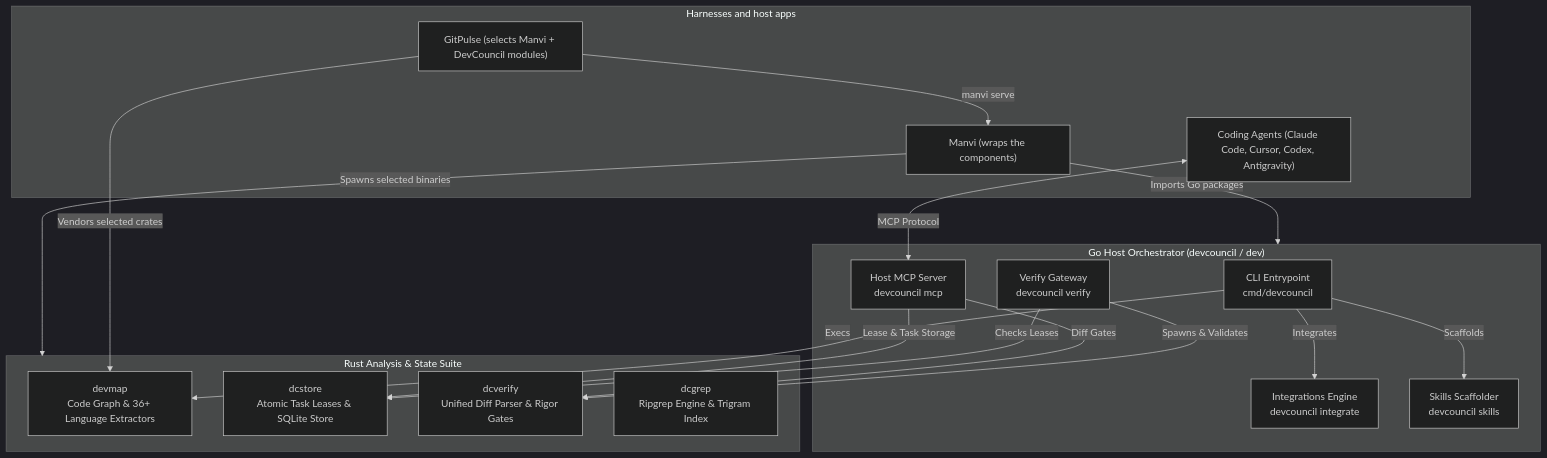
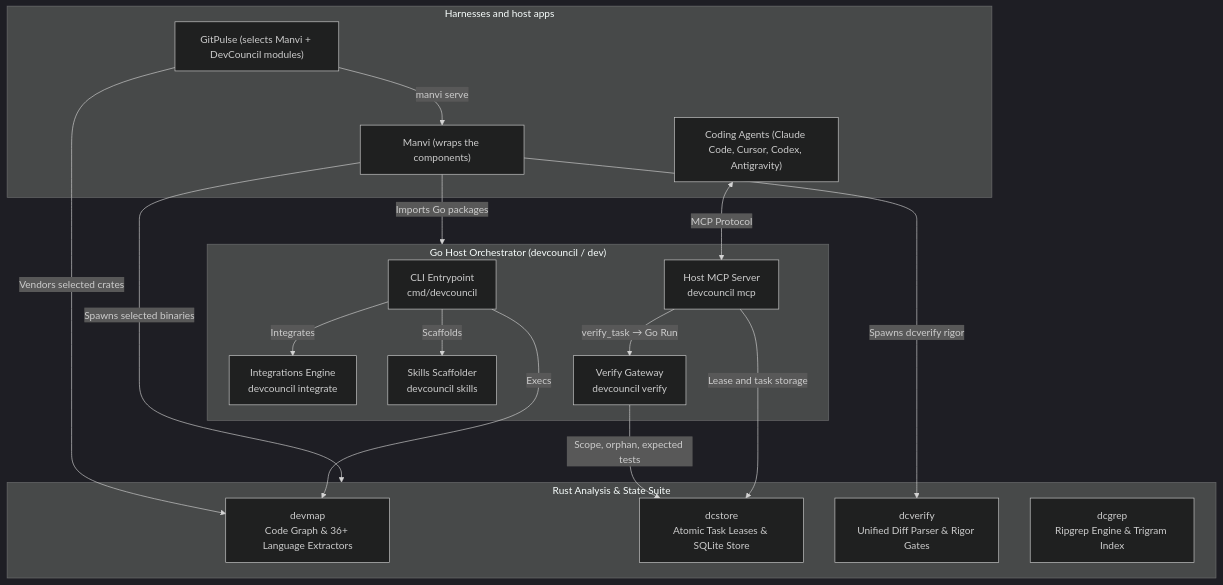
One commit to bharathvbcr/DevCouncil changed the first of 2 diagrams in docs/architecture.md. Above: the diagram before and after it, drawn with Mermaid (dark theme). The commit also changed other lines of this file and 53 other files, not shown here.

First line of the commit message:
docs: archive pre-cutover ledgers and align documentation with native architecture

````diff
--- a/docs/architecture.md
+++ b/docs/architecture.md
@@ -11,47 +11,47 @@
 ```mermaid
 flowchart TD
     subgraph Upstream["Harnesses and host apps"]
         Manvi["Manvi (wraps the components)"]
         GitPulse["GitPulse (selects Manvi + DevCouncil modules)"]
         ExternalAgents["Coding Agents (Claude Code, Cursor, Codex, Antigravity)"]
     end
 
     subgraph Host["Go Host Orchestrator (devcouncil / dev)"]
         HostCLI["CLI Entrypoint
 cmd/devcouncil"]
         HostMCP["Host MCP Server
 devcouncil mcp"]
         HostInteg["Integrations Engine
 devcouncil integrate"]
         HostSkills["Skills Scaffolder
 devcouncil skills"]
         HostVerify["Verify Gateway
 devcouncil verify"]
     end
 
     subgraph Analysis["Rust Analysis & State Suite"]
         DevMap["devmap
 Code Graph & 36+ Language Extractors"]
         DCStore["dcstore
 Atomic Task Leases & SQLite Store"]
         DCVerify["dcverify
 Unified Diff Parser & Rigor Gates"]
         DCGrep["dcgrep
 Ripgrep Engine & Trigram Index"]
     end
 
     ExternalAgents <-->|MCP Protocol| HostMCP
     Manvi -->|Imports Go packages| Host
     Manvi -->|Spawns selected binaries| Analysis
     GitPulse -->|Vendors selected crates| DevMap
     GitPulse -->|manvi serve| Manvi
 
     HostCLI -->|Execs| DevMap
     HostCLI -->|Integrates| HostInteg
     HostCLI -->|Scaffolds| HostSkills
-    HostVerify -->|Spawns & Validates| DCVerify
-    HostVerify -->|Checks Leases| DCStore
+    HostVerify -->|Scope, orphan, expected tests| DCStore
+    Manvi -->|Spawns dcverify rigor| DCVerify
 
-    HostMCP -->|Lease & Task Storage| DCStore
-    HostMCP -->|Diff Gates| DCVerify
+    HostMCP -->|Lease and task storage| DCStore
+    HostMCP -->|verify_task → Go Run| HostVerify
 ```
````
